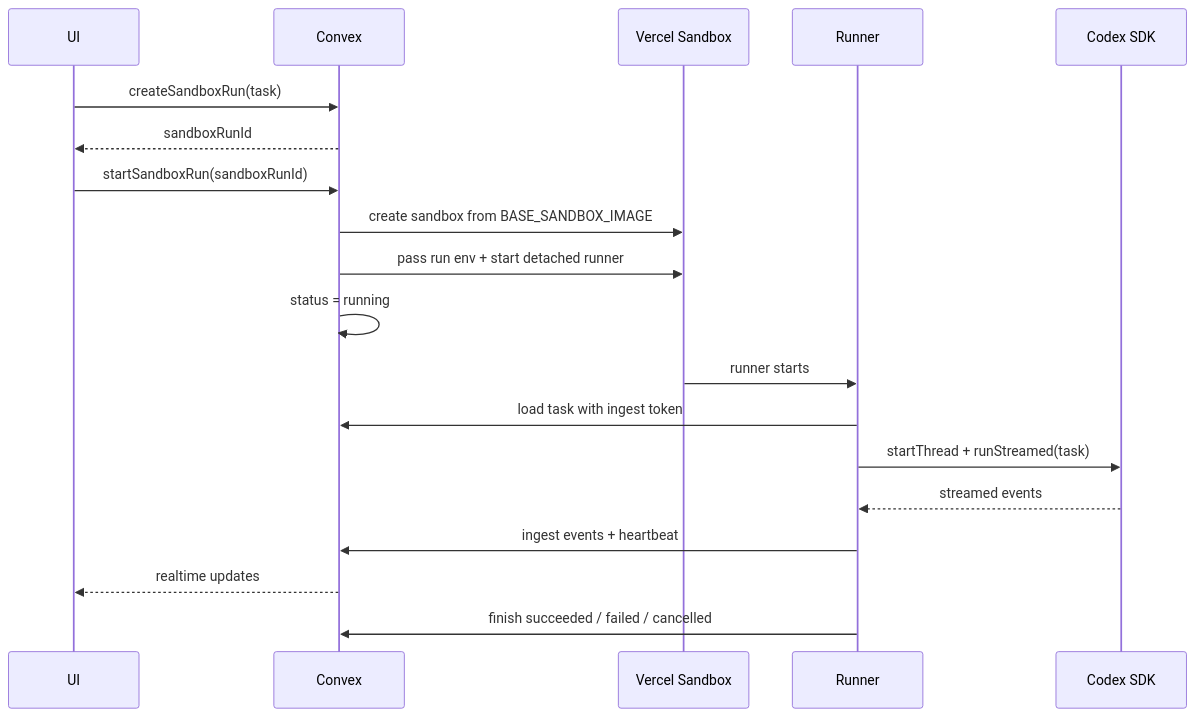
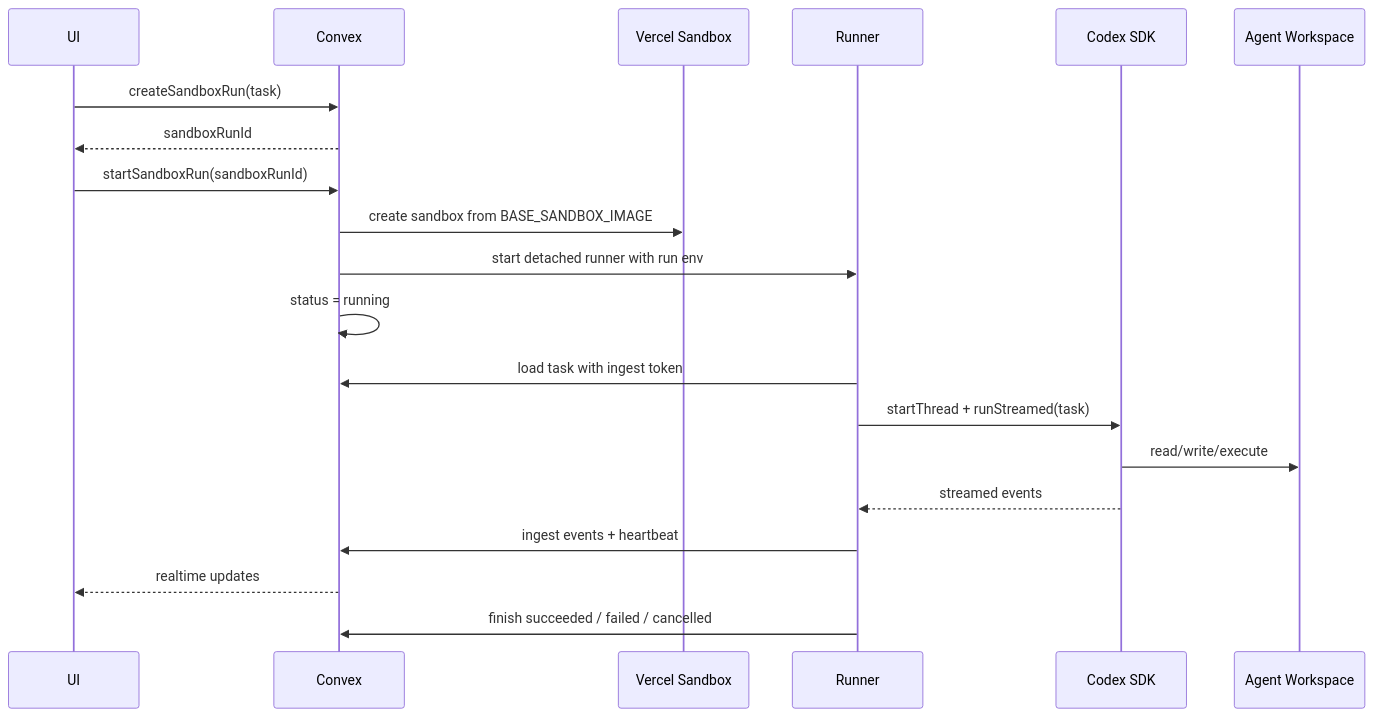
One commit to neilsanghrajka/drip changed the second of 3 diagrams in docs/SANDBOX.md. Above: the diagram before and after it, drawn with Mermaid. The commit also changed other lines of this file and 17 other files, not shown here.

````diff
--- a/docs/SANDBOX.md
+++ b/docs/SANDBOX.md
@@ -35,25 +36,26 @@
 ```mermaid
 sequenceDiagram
   participant UI
   participant CX as Convex
   participant SB as Vercel Sandbox
   participant R as Runner
   participant CDX as Codex SDK
+  participant WS as Agent Workspace
 
   UI->>CX: createSandboxRun(task)
   CX-->>UI: sandboxRunId
   UI->>CX: startSandboxRun(sandboxRunId)
 
   CX->>SB: create sandbox from BASE_SANDBOX_IMAGE
-  CX->>SB: pass run env + start detached runner
+  CX->>R: start detached runner with run env
   CX->>CX: status = running
 
-  SB->>R: runner starts
   R->>CX: load task with ingest token
   R->>CDX: startThread + runStreamed(task)
+  CDX->>WS: read/write/execute
   CDX-->>R: streamed events
   R->>CX: ingest events + heartbeat
   CX-->>UI: realtime updates
 
   R->>CX: finish succeeded / failed / cancelled
 ```
````
